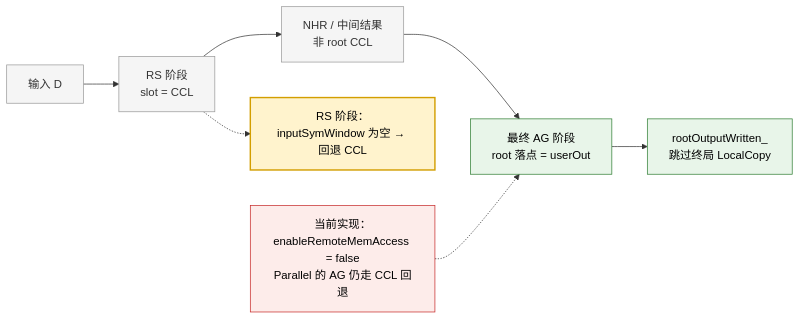
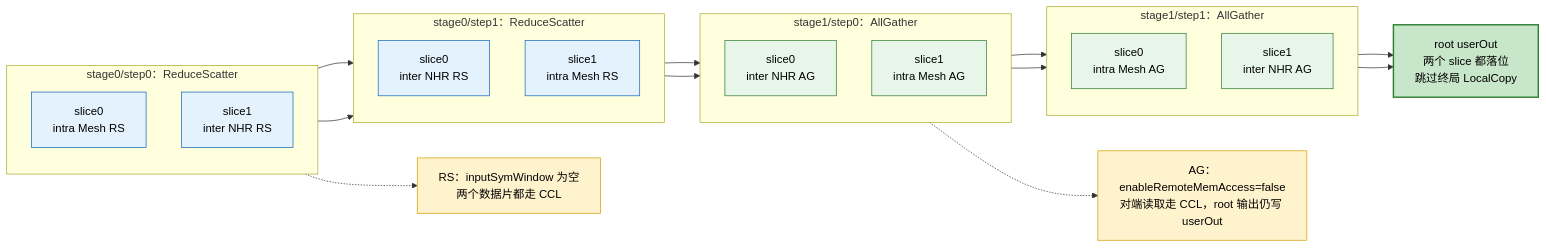
The sixth of 7 diagrams in design/26RP4/支持allgatherV、reduce算子的零拷贝模式/SRS_SD-AllGatherV与Reduce零拷贝.md (cassielee-tech/my-lib), drawn with Mermaid before and after one commit. The commit also changed other lines of this file, not shown here.

Commit message:
docs: 重画 ParallelMeshNHR 两级流水图

````diff
--- a/design/26RP4/支持allgatherV、reduce算子的零拷贝模式/SRS_SD-AllGatherV与Reduce零拷贝.md
+++ b/design/26RP4/支持allgatherV、reduce算子的零拷贝模式/SRS_SD-AllGatherV与Reduce零拷贝.md
@@ -473,17 +475,41 @@
 ```mermaid
 flowchart LR
-    A["输入 D"] --> B["RS 阶段<br/>slot = CCL"]
-    B --> C["NHR / 中间结果<br/>非 root CCL"]
-    C --> D["最终 AG 阶段<br/>root 落点 = userOut"]
-    D --> E["rootOutputWritten_<br/>跳过终局 LocalCopy"]
-    B -.-> G["RS 阶段：inputSymWindow 为空 → 回退 CCL"]
-    F["当前实现：enableRemoteMemAccess = false<br/>Parallel 的 AG 仍走 CCL 回退"] -.-> D
-    classDef existing fill:#f5f5f5,stroke:#999,color:#333;
-    classDef changed fill:#fff3cd,stroke:#d39e00,stroke-width:2px,color:#000;
-    classDef direct fill:#e8f5e9,stroke:#2e7d32,color:#000;
-    classDef fallback fill:#fdecea,stroke:#c62828,color:#000;
-    class A,B,C existing;
-    class G changed;
-    class D,E direct;
-    class F fallback;
+    subgraph P0["stage0/step0：ReduceScatter"]
+        direction TB
+        A0["slice0<br/>intra Mesh RS"]
+        A1["slice1<br/>inter NHR RS"]
+    end
+    subgraph P1["stage0/step1：ReduceScatter"]
+        direction TB
+        B0["slice0<br/>inter NHR RS"]
+        B1["slice1<br/>intra Mesh RS"]
+    end
+    subgraph P2["stage1/step0：AllGather"]
+        direction TB
+        C0["slice0<br/>inter NHR AG"]
+        C1["slice1<br/>intra Mesh AG"]
+    end
+    subgraph P3["stage1/step1：AllGather"]
+        direction TB
+        D0["slice0<br/>intra Mesh AG"]
+        D1["slice1<br/>inter NHR AG"]
+    end
+    A0 --> B0
+    A1 --> B1
+    B0 --> C0
+    B1 --> C1
+    C0 --> D0
+    C1 --> D1
+    D0 --> OUT["root userOut<br/>两个 slice 都落位<br/>跳过终局 LocalCopy"]
+    D1 --> OUT
+    A1 -.-> N1["RS：inputSymWindow 为空<br/>两个数据片都走 CCL"]
+    C1 -.-> N2["AG：enableRemoteMemAccess=false<br/>对端读取走 CCL，root 输出仍写 userOut"]
+    classDef rs fill:#e3f2fd,stroke:#1565c0,color:#000;
+    classDef ag fill:#e8f5e9,stroke:#2e7d32,color:#000;
+    classDef out fill:#c8e6c9,stroke:#2e7d32,stroke-width:2px,color:#000;
+    classDef note fill:#fff3cd,stroke:#d39e00,color:#000;
+    class A0,A1,B0,B1 rs;
+    class C0,C1,D0,D1 ag;
+    class OUT out;
+    class N1,N2 note;
 ```
````
